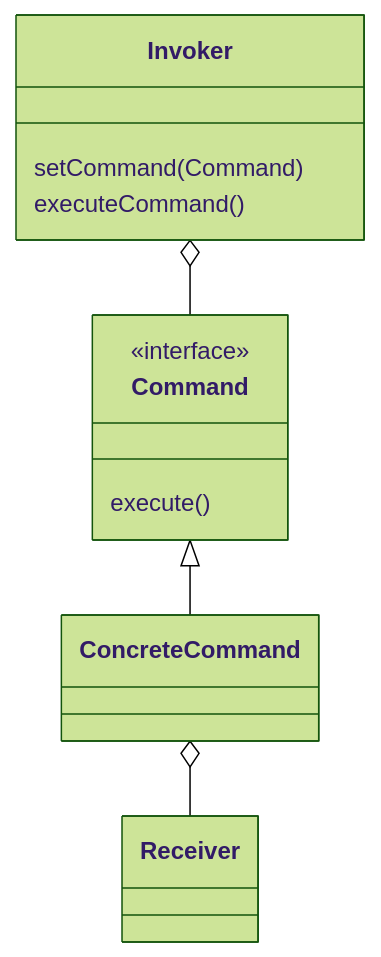
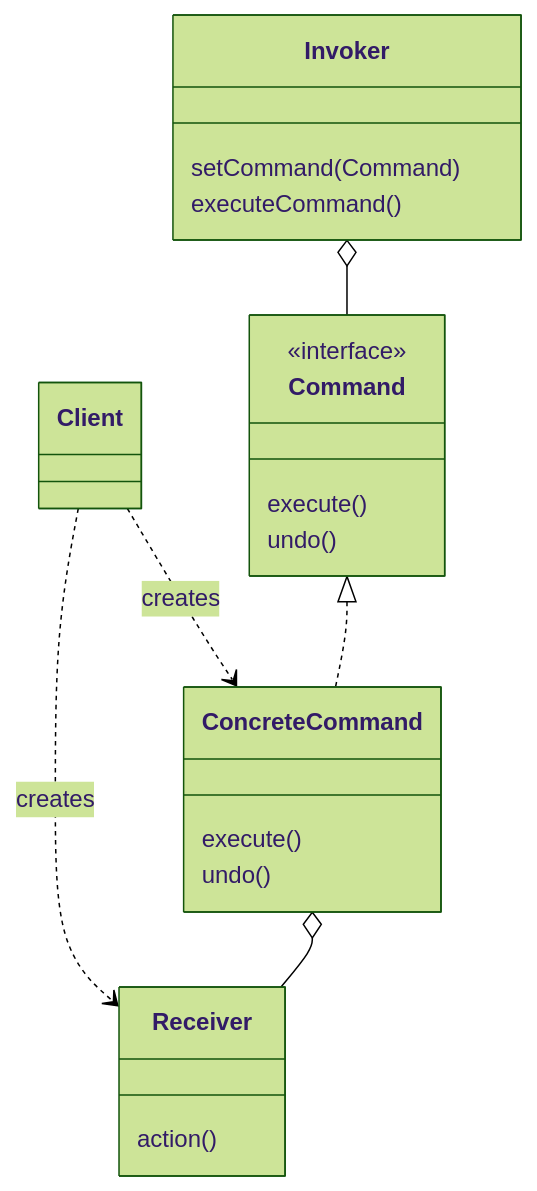
Before and after one commit to akeverus/cheat-sheet: the diagram in cheatsheets/patterns/behavioral/command.md, drawn with Mermaid (forest theme). The commit also changed other lines of this file and 92 other files, not shown here.

First line of the commit message:
docs(cheatsheets): ASCII-диаграммы → Mermaid (5 параллельных агентов)

````diff
--- a/cheatsheets/patterns/behavioral/command.md
+++ b/cheatsheets/patterns/behavioral/command.md
@@ -202,16 +202,25 @@
 ```mermaid
 classDiagram
+    class Client
     class Invoker {
         setCommand(Command)
         executeCommand()
     }
     class Command {
         <<interface>>
         execute()
+        undo()
     }
-    class Receiver
-    class ConcreteCommand
+    class ConcreteCommand {
+        execute()
+        undo()
+    }
+    class Receiver {
+        action()
+    }
+    Client ..> ConcreteCommand : creates
+    Client ..> Receiver : creates
     Invoker o-- Command
-    Command <|-- ConcreteCommand
+    Command <|.. ConcreteCommand
     ConcreteCommand o-- Receiver
 ```
````
